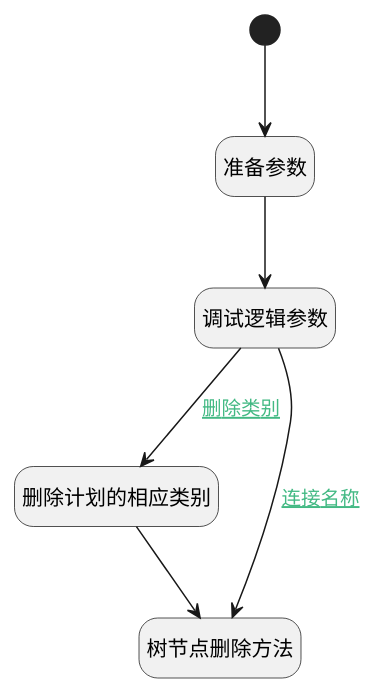
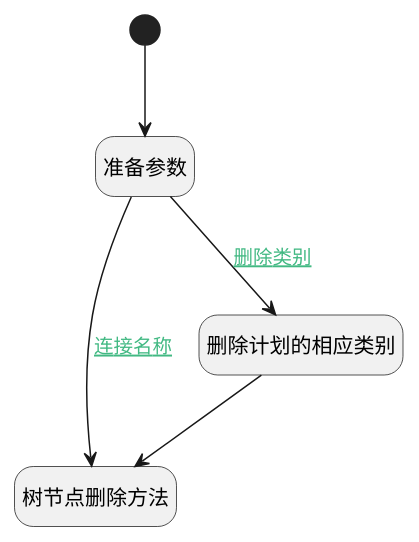
Before and after one commit to iBizLab/plm: the diagram in doc/docsify/module/ProdMgmt/product_plan/uilogic/remove_section_or_category.md, drawn with PlantUML. The commit also changed other lines of this file and 1068 other files, not shown here.

````diff
--- a/doc/docsify/module/ProdMgmt/product_plan/uilogic/remove_section_or_category.md
+++ b/doc/docsify/module/ProdMgmt/product_plan/uilogic/remove_section_or_category.md
@@ -7,26 +7,24 @@
 ```plantuml
 @startuml
 hide footbox
 <style>
 root {
   HyperlinkColor #42b983
 }
 </style>
 
 hide empty description
 state "开始" as Begin <<start>> [[$./remove_section_or_category#begin {开始}]]
+state "树节点删除方法" as VIEWCTRLINVOKE1  [[$./remove_section_or_category#viewctrlinvoke1 {树节点删除方法}]]
+state "删除计划的相应类别" as DEACTION1  [[$./remove_section_or_category#deaction1 {删除计划的相应类别}]]
 state "准备参数" as PREPAREJSPARAM1  [[$./remove_section_or_category#preparejsparam1 {准备参数}]]
-state "调试逻辑参数" as DEBUGPARAM1  [[$./remove_section_or_category#debugparam1 {调试逻辑参数}]]
-state "删除计划的相应类别" as DEACTION1  [[$./remove_section_or_category#deaction1 {删除计划的相应类别}]]
-state "树节点删除方法" as VIEWCTRLINVOKE1  [[$./remove_section_or_category#viewctrlinvoke1 {树节点删除方法}]]
 
 
 Begin --> PREPAREJSPARAM1
-PREPAREJSPARAM1 --> DEBUGPARAM1
-DEBUGPARAM1 --> DEACTION1 : [[$./remove_section_or_category#debugparam1-deaction1{删除类别} 删除类别]]
+PREPAREJSPARAM1 --> DEACTION1 : [[$./remove_section_or_category#preparejsparam1-deaction1{删除类别} 删除类别]]
 DEACTION1 --> VIEWCTRLINVOKE1
-DEBUGPARAM1 --> VIEWCTRLINVOKE1 : [[$./remove_section_or_category#debugparam1-viewctrlinvoke1{连接名称} 连接名称]]
+PREPAREJSPARAM1 --> VIEWCTRLINVOKE1 : [[$./remove_section_or_category#preparejsparam1-viewctrlinvoke1{连接名称} 连接名称]]
 
 
 @enduml
 ```
````
